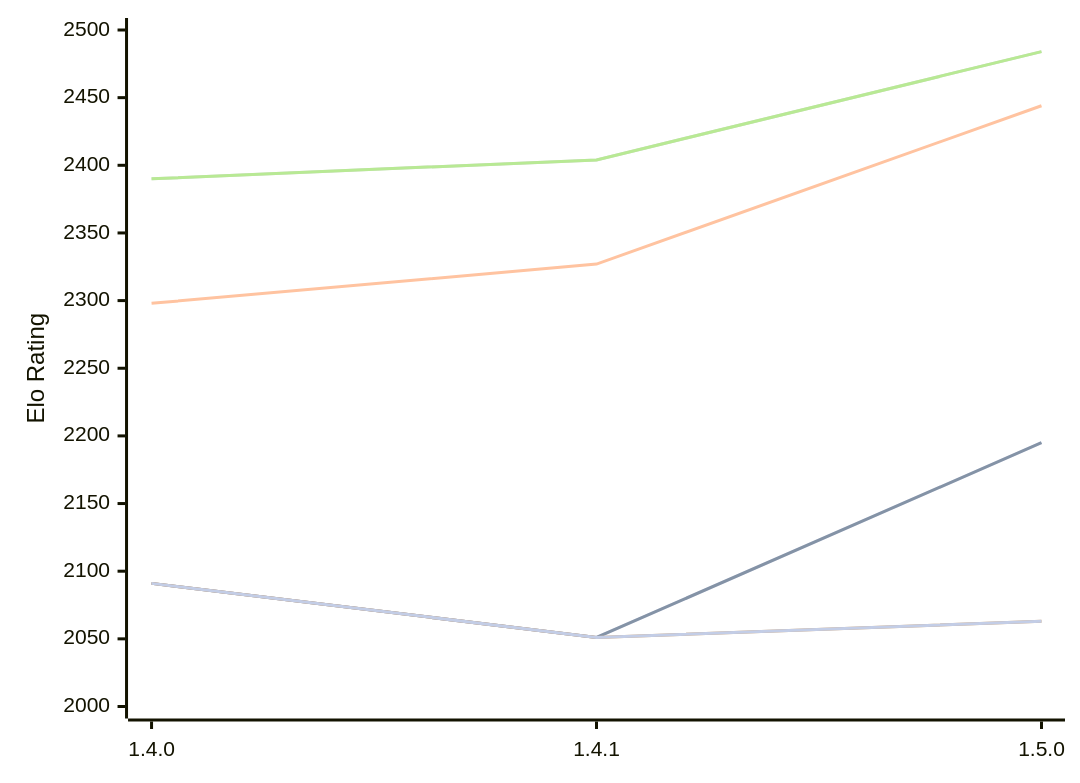
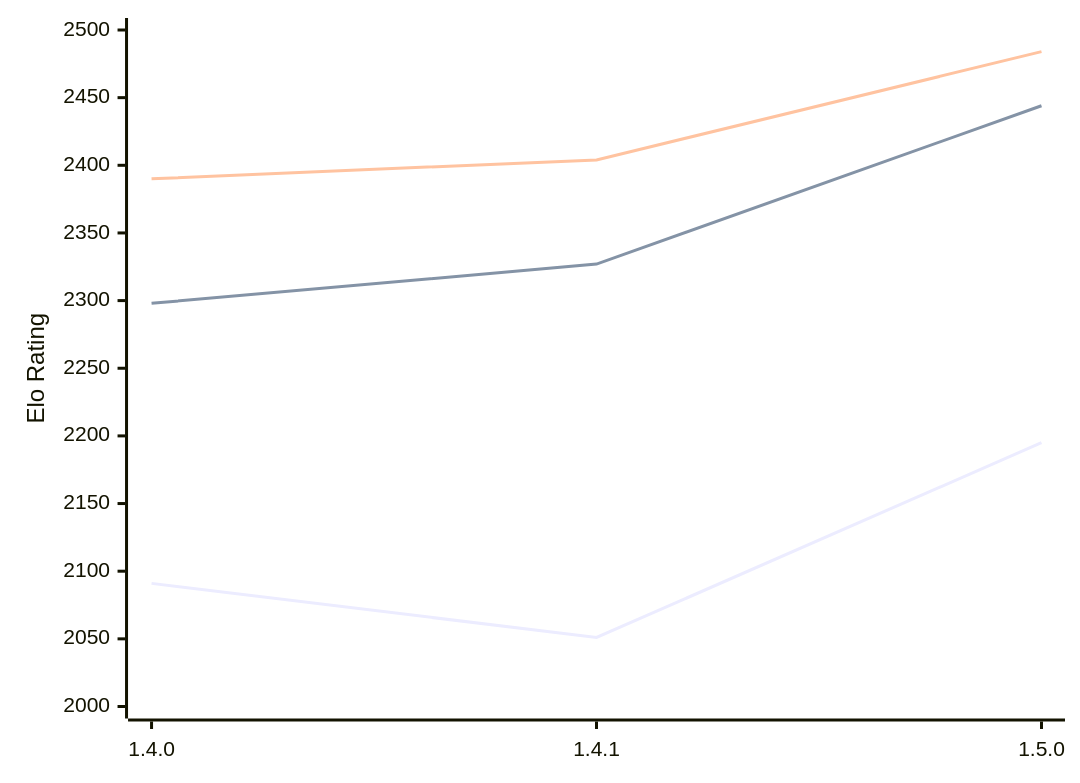
One commit to computer-chess-index/cci changed the diagram in engines/Tofiks.md. Above: the diagram before and after it, drawn with Mermaid. The commit also changed other lines of this file, not shown here.

````diff
--- a/engines/Tofiks.md
+++ b/engines/Tofiks.md
@@ -49,13 +49,9 @@
 ```mermaid
 %%{init: {"theme":"base","themeVariables":{"seriesColors:['#a3a3a3','#222221','#faa371']}}}%%
 xychart-beta
   x-axis ["1.4.0", "1.4.1", "1.5.0"]
   y-axis "Elo Rating" 2000 --> 2500
-  line "" [2091, 2051, 2195]
   line "T1: STC (8.0+0.08s)" [2091, 2051, 2195]
   line "T1: LTC (60.0+0.60s)" [2298, 2327, 2444]
-  line "" [2390, 2404, 2484]
   line "T1: VLTC (2m24s+1.12s)" [2390, 2404, 2484]
-  line "" [2091, 2051,2063]
-  line "E1: STC (8.0+0.08s)" [2091, 2051,2063]
 ```
````
